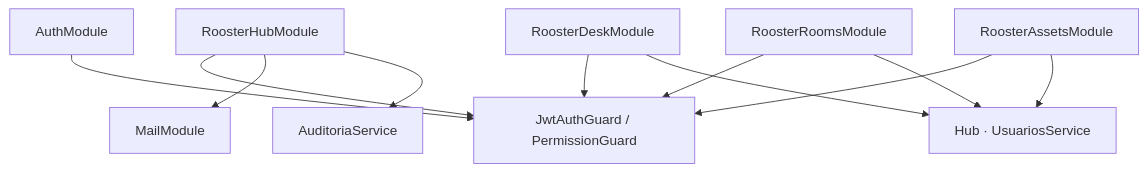
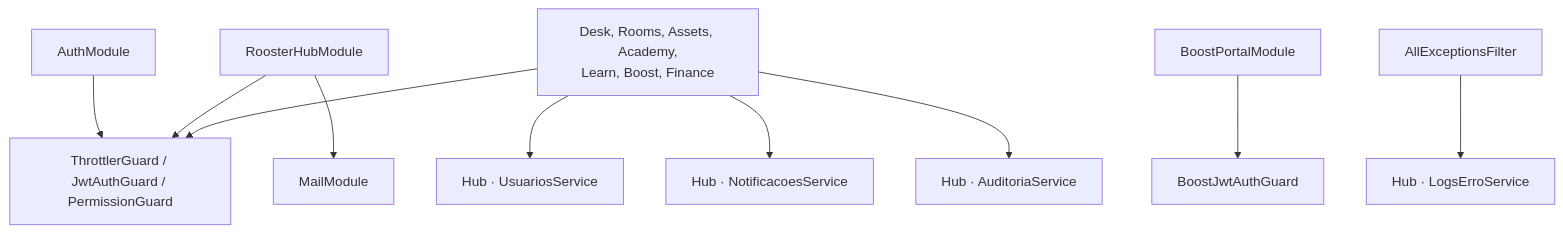
Before and after one commit to bebberjoao/RoosterOneBackend: the second of 6 diagrams in docs/engineering/02-diagramas.md, drawn with Mermaid. The commit also changed other lines of this file and 14 other files, not shown here.

````diff
--- a/docs/engineering/02-diagramas.md
+++ b/docs/engineering/02-diagramas.md
@@ -24,13 +31,12 @@
 ```mermaid
 flowchart TD
-    Auth[AuthModule] --> Guards[JwtAuthGuard / PermissionGuard]
+    Auth[AuthModule] --> Guards[ThrottlerGuard / JwtAuthGuard / PermissionGuard]
     Hub[RoosterHubModule] --> Guards
-    Desk[RoosterDeskModule] --> Guards
-    Rooms[RoosterRoomsModule] --> Guards
-    Assets[RoosterAssetsModule] --> Guards
-    Desk --> HubUsers[Hub · UsuariosService]
-    Rooms --> HubUsers
-    Assets --> HubUsers
+    Negocio[Desk, Rooms, Assets, Academy,<br/>Learn, Boost, Finance] --> Guards
+    Negocio --> HubUsers[Hub · UsuariosService]
+    Negocio --> Notif[Hub · NotificacoesService]
+    Negocio --> Audit[Hub · AuditoriaService]
+    Portal[BoostPortalModule] --> BoostGuard[BoostJwtAuthGuard]
     Hub --> Mail[MailModule]
-    Hub --> Audit[AuditoriaService]
+    Filtro[AllExceptionsFilter] --> LogErro[Hub · LogsErroService]
 ```
````
